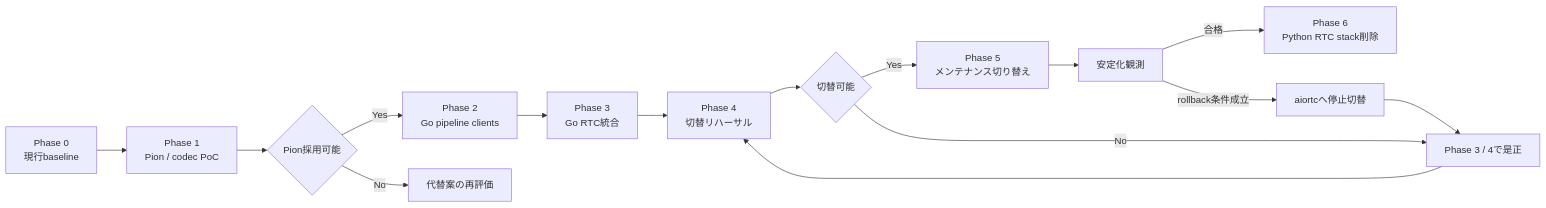
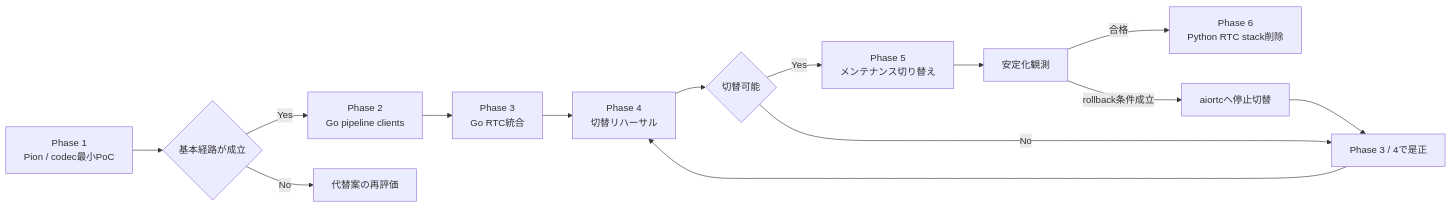
The diagram in documents/migration/pion/roadmap.md (Sincromisor/Sincromisor), drawn with Mermaid before and after one commit. The commit also changed other lines of this file and 20 other files, not shown here.

First line of the commit message:
feat(rtc): Pion codec最小PoCを確立

````diff
--- a/documents/migration/pion/roadmap.md
+++ b/documents/migration/pion/roadmap.md
@@ -20,17 +20,16 @@
 ```mermaid
 flowchart LR
-    P0["Phase 0<br/>現行baseline"] --> P1["Phase 1<br/>Pion / codec PoC"]
-    P1 --> D1{"Pion採用可能"}
+    P1["Phase 1<br/>Pion / codec最小PoC"] --> D1{"基本経路が成立"}
     D1 -->|"Yes"| P2["Phase 2<br/>Go pipeline clients"]
     D1 -->|"No"| ALT["代替案の再評価"]
     P2 --> P3["Phase 3<br/>Go RTC統合"]
     P3 --> P4["Phase 4<br/>切替リハーサル"]
     P4 --> D4{"切替可能"}
     D4 -->|"Yes"| P5["Phase 5<br/>メンテナンス切り替え"]
     D4 -->|"No"| FIX["Phase 3 / 4で是正"]
     FIX --> P4
     P5 --> OBS["安定化観測"]
     OBS -->|"合格"| P6["Phase 6<br/>Python RTC stack削除"]
     OBS -->|"rollback条件成立"| RB["aiortcへ停止切替"]
     RB --> FIX
 ```
````
